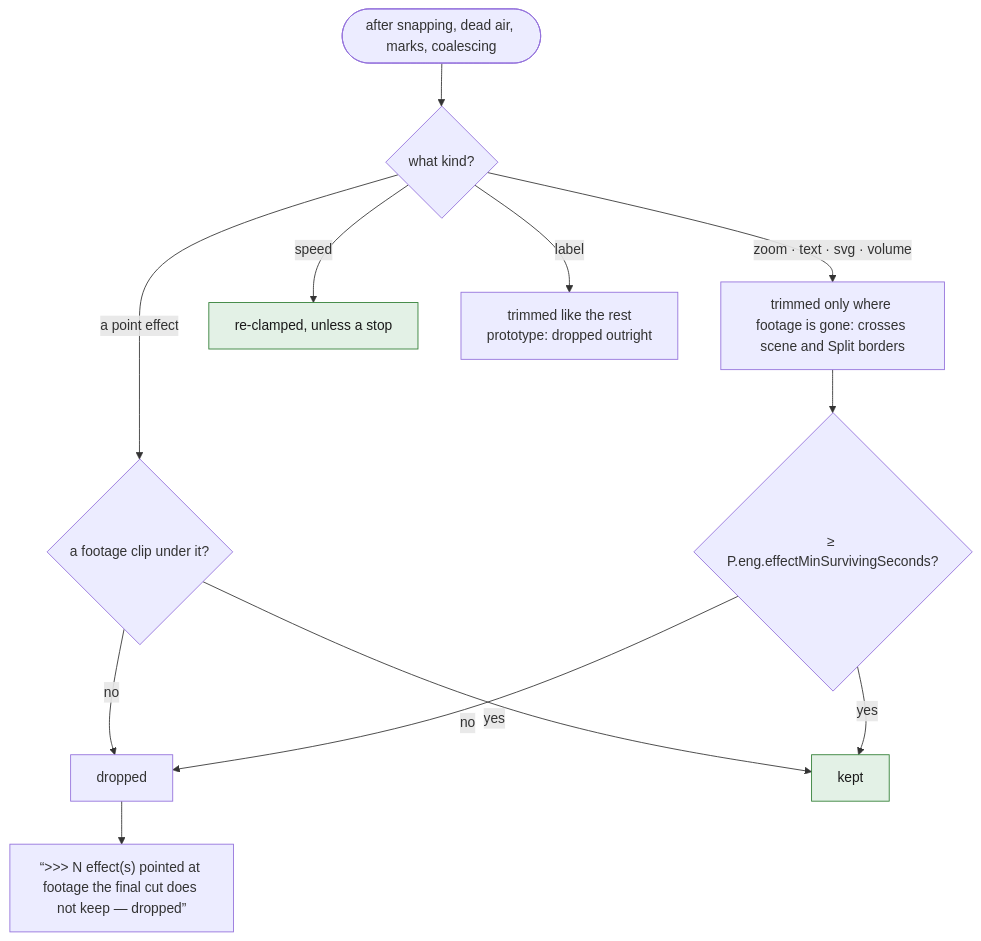
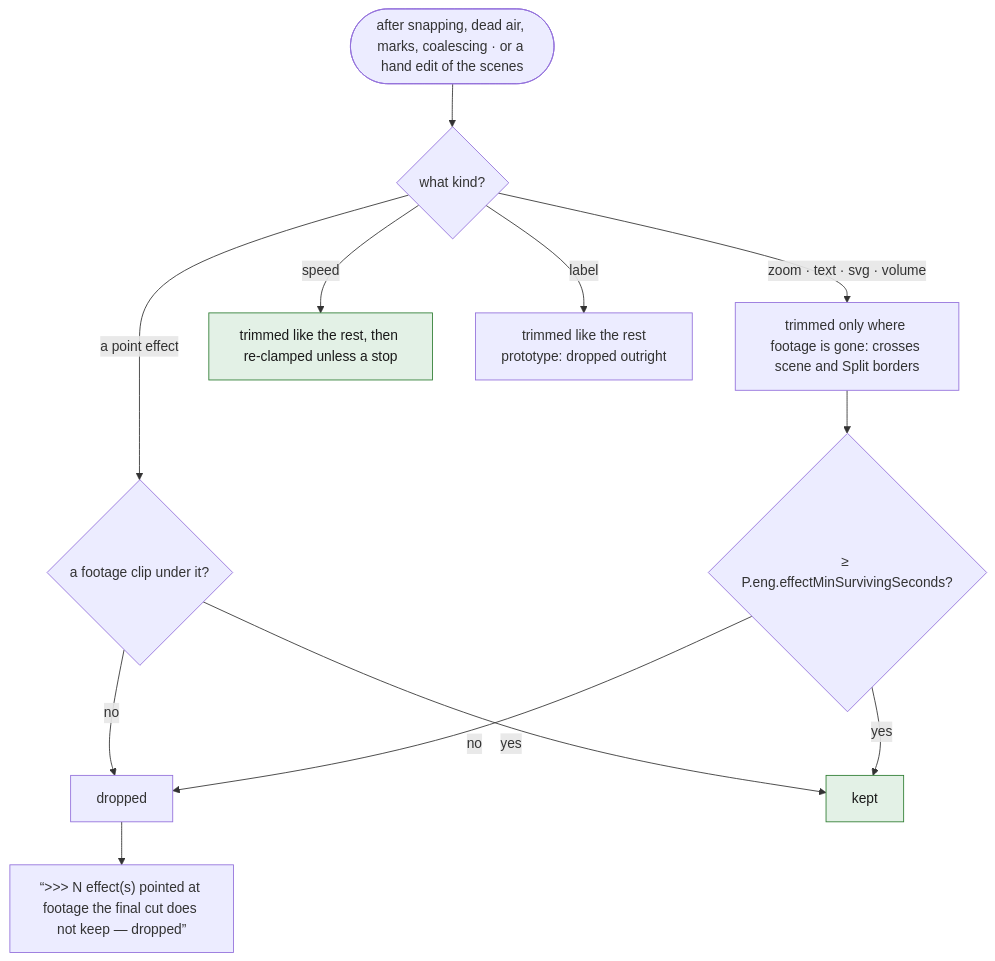
Diagram 12 of 12 in spec/06-effects.md (tbocek/naivepost), drawn with Mermaid before and after one commit. The commit also changed other lines of this file and 19 other files, not shown here.

````diff
--- a/spec/06-effects.md
+++ b/spec/06-effects.md
@@ -310,17 +312,17 @@
 ```mermaid
 flowchart TD
-  A(["after snapping, dead air, marks, coalescing"]) --> K{"what kind?"}
+  A(["after snapping, dead air, marks, coalescing · or a hand edit of the scenes"]) --> K{"what kind?"}
   K -- "a point effect" --> P{"a footage clip under it?"}
   P -- no --> DR["dropped"]
   P -- yes --> KP["kept"]:::done
   K -- "zoom · text · svg · volume" --> TR["trimmed only where footage is gone: crosses scene and Split borders"]
   TR --> S{"≥ P.eng.effectMinSurvivingSeconds?"}
   S -- no --> DR
   S -- yes --> KP
-  K -- speed --> SP["re-clamped, unless a stop"]:::done
+  K -- speed --> SP["trimmed like the rest, then re-clamped unless a stop"]:::done
   K -- label --> DL["trimmed like the rest<br/>prototype: dropped outright"]
   DR --> LOG["“>>> N effect(s) pointed at footage the final cut does not keep — dropped”"]
   classDef refuse fill:#fde2e1,stroke:#c01c28,color:#1a1a1a
   classDef done fill:#e3f1e6,stroke:#2e7d32,color:#1a1a1a
   classDef ask fill:#e8eefc,stroke:#3a63c8,color:#1a1a1a
 ```
````
